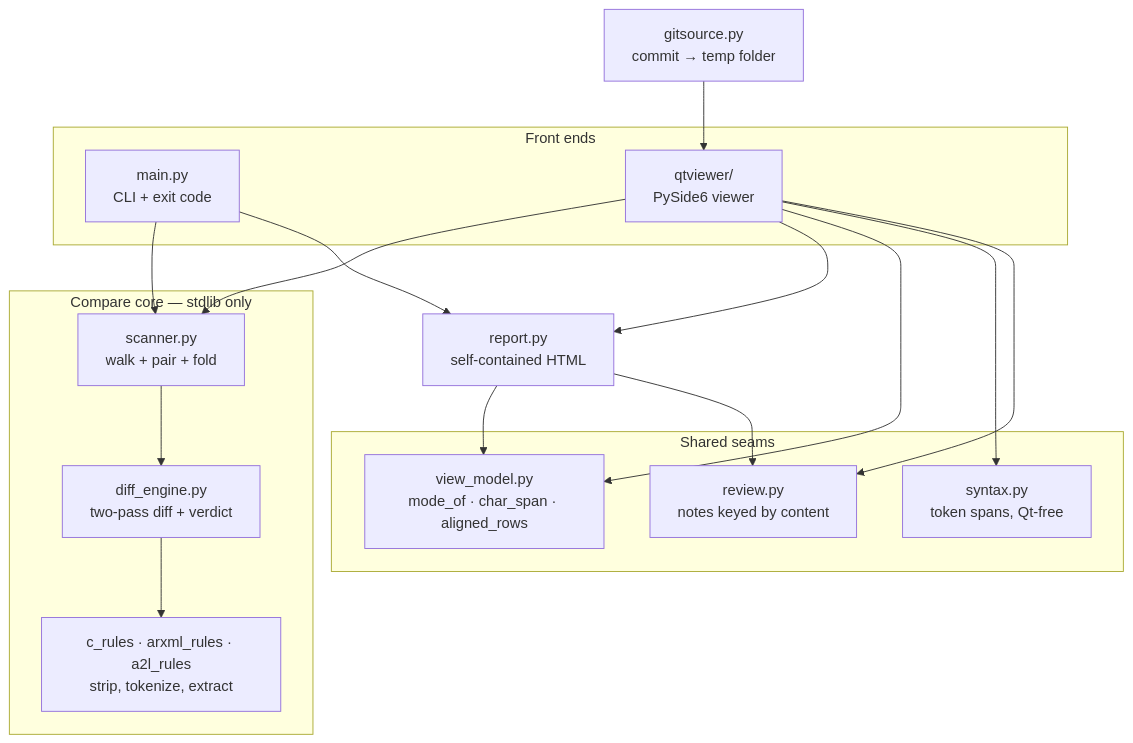
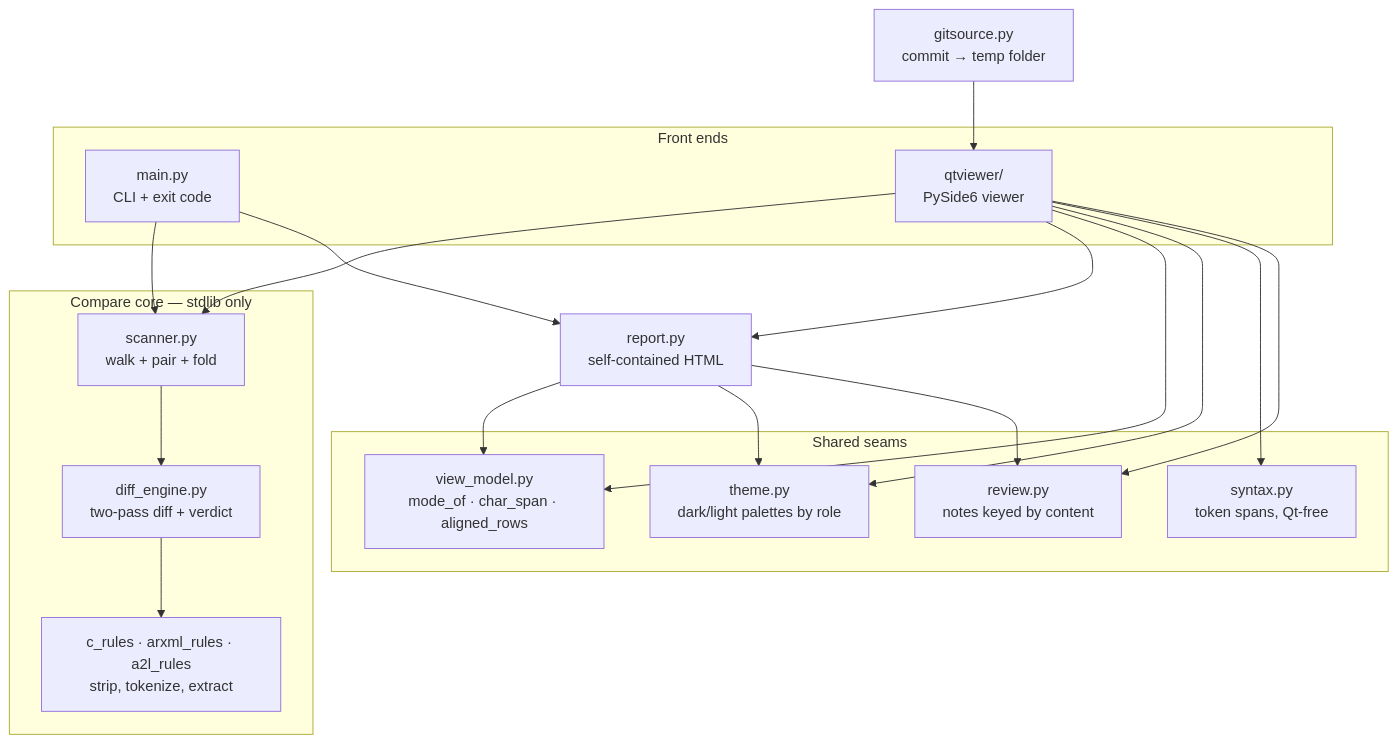
Before and after one commit to longvo92/codegen-compare-tool: the first of 2 diagrams in docs/architecture.md, drawn with Mermaid. The commit also changed other lines of this file and 25 other files, not shown here.

First line of the commit message:
feat: light/dark themes, A2L colouring, muted noise instead of hidden noise

````diff
--- a/docs/architecture.md
+++ b/docs/architecture.md
@@ -25,32 +25,35 @@
 ```mermaid
 flowchart TD
     subgraph front[Front ends]
         CLI[main.py<br/>CLI + exit code]
         QT[qtviewer/<br/>PySide6 viewer]
     end
     subgraph core[Compare core — stdlib only]
         SC[scanner.py<br/>walk + pair + fold]
         DE[diff_engine.py<br/>two-pass diff + verdict]
         RULES[c_rules · arxml_rules · a2l_rules<br/>strip, tokenize, extract]
     end
     subgraph shared[Shared seams]
         VM[view_model.py<br/>mode_of · char_span · aligned_rows]
+        TH[theme.py<br/>dark/light palettes by role]
         RV[review.py<br/>notes keyed by content]
         SY[syntax.py<br/>token spans, Qt-free]
     end
     RP[report.py<br/>self-contained HTML]
     GS[gitsource.py<br/>commit → temp folder]
 
     CLI --> SC
     QT --> SC
     GS --> QT
     SC --> DE
     DE --> RULES
     CLI --> RP
     QT --> RP
     RP --> VM
     QT --> VM
+    RP --> TH
+    QT --> TH
     QT --> SY
     RP --> RV
     QT --> RV
 ```
````
